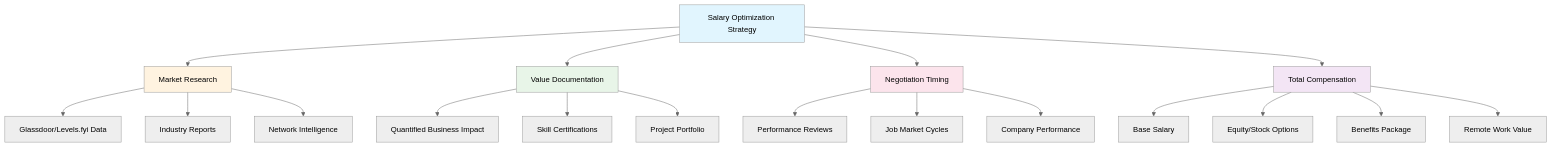
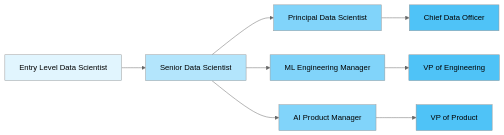
One commit to gghimire2041/AI-Articles changed diagram 12 of 14 in Survive-Data-Science-2025.md. Above: the diagram before and after it, drawn with Mermaid (neutral theme). The commit also changed other lines of this file, not shown here.

````diff
--- a/Survive-Data-Science-2025.md
+++ b/Survive-Data-Science-2025.md
@@ -652,30 +446,19 @@
 ```mermaid
-graph TD
-    A[Salary Optimization Strategy] --> B[Market Research]
-    A --> C[Value Documentation]
-    A --> D[Negotiation Timing]
-    A --> E[Total Compensation]
-    
-    B --> F[Glassdoor/Levels.fyi Data]
-    B --> G[Industry Reports]
-    B --> H[Network Intelligence]
-    
-    C --> I[Quantified Business Impact]
-    C --> J[Skill Certifications]
-    C --> K[Project Portfolio]
-    
-    D --> L[Performance Reviews]
-    D --> M[Job Market Cycles]
-    D --> N[Company Performance]
-    
-    E --> O[Base Salary]
-    E --> P[Equity/Stock Options]
-    E --> Q[Benefits Package]
-    E --> R[Remote Work Value]
+graph LR
+    A[Entry Level Data Scientist] --> B[Senior Data Scientist]
+    B --> C[Principal Data Scientist]
+    B --> D[ML Engineering Manager]
+    B --> E[AI Product Manager]
+    C --> F[Chief Data Officer]
+    D --> G[VP of Engineering]
+    E --> H[VP of Product]
     
     style A fill:#e1f5fe
-    style B fill:#fff3e0
-    style C fill:#e8f5e8
-    style D fill:#fce4ec
-    style E fill:#f3e5f5
+    style B fill:#b3e5fc
+    style C fill:#81d4fa
+    style D fill:#81d4fa
+    style E fill:#81d4fa
+    style F fill:#4fc3f7
+    style G fill:#4fc3f7
+    style H fill:#4fc3f7
 ```
````
